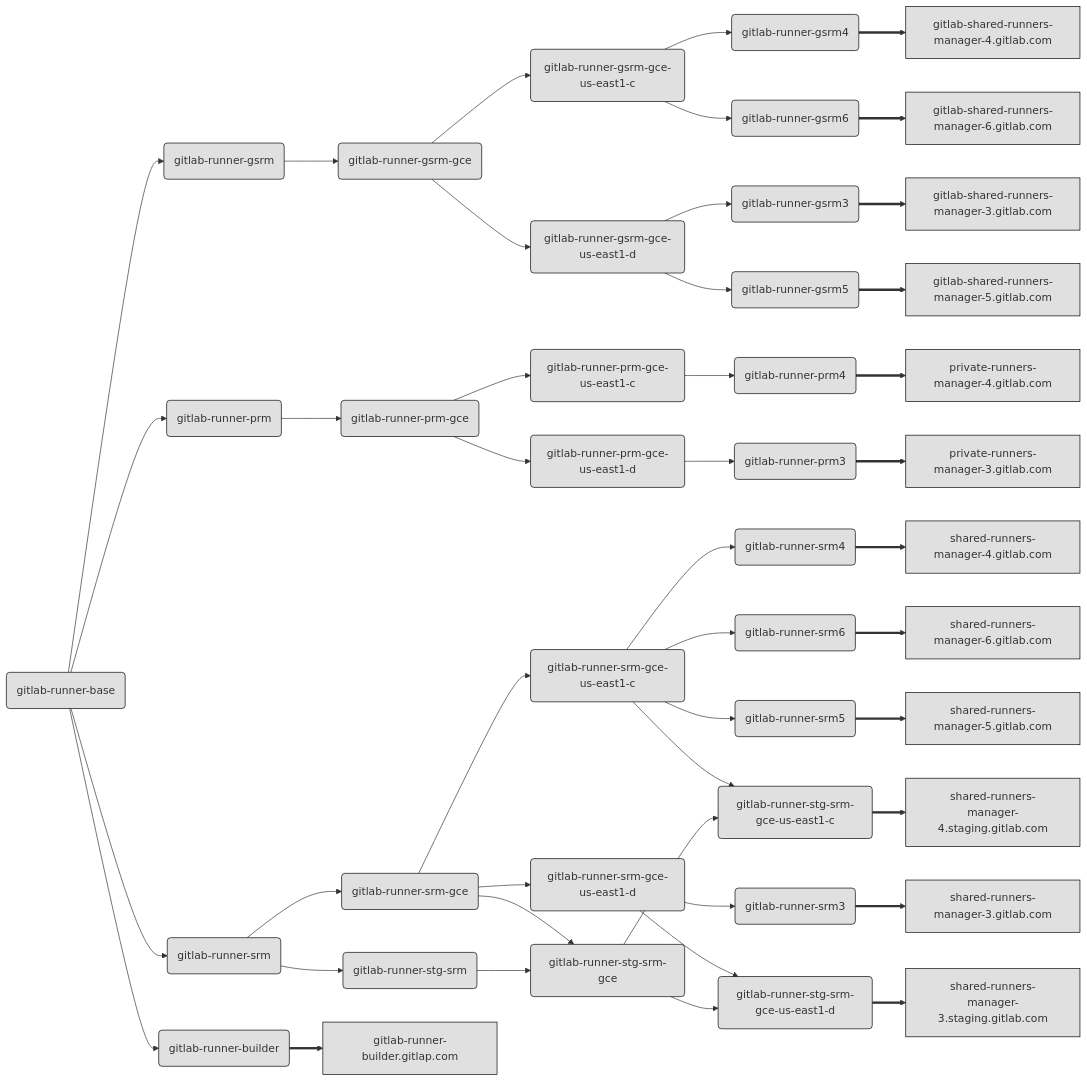
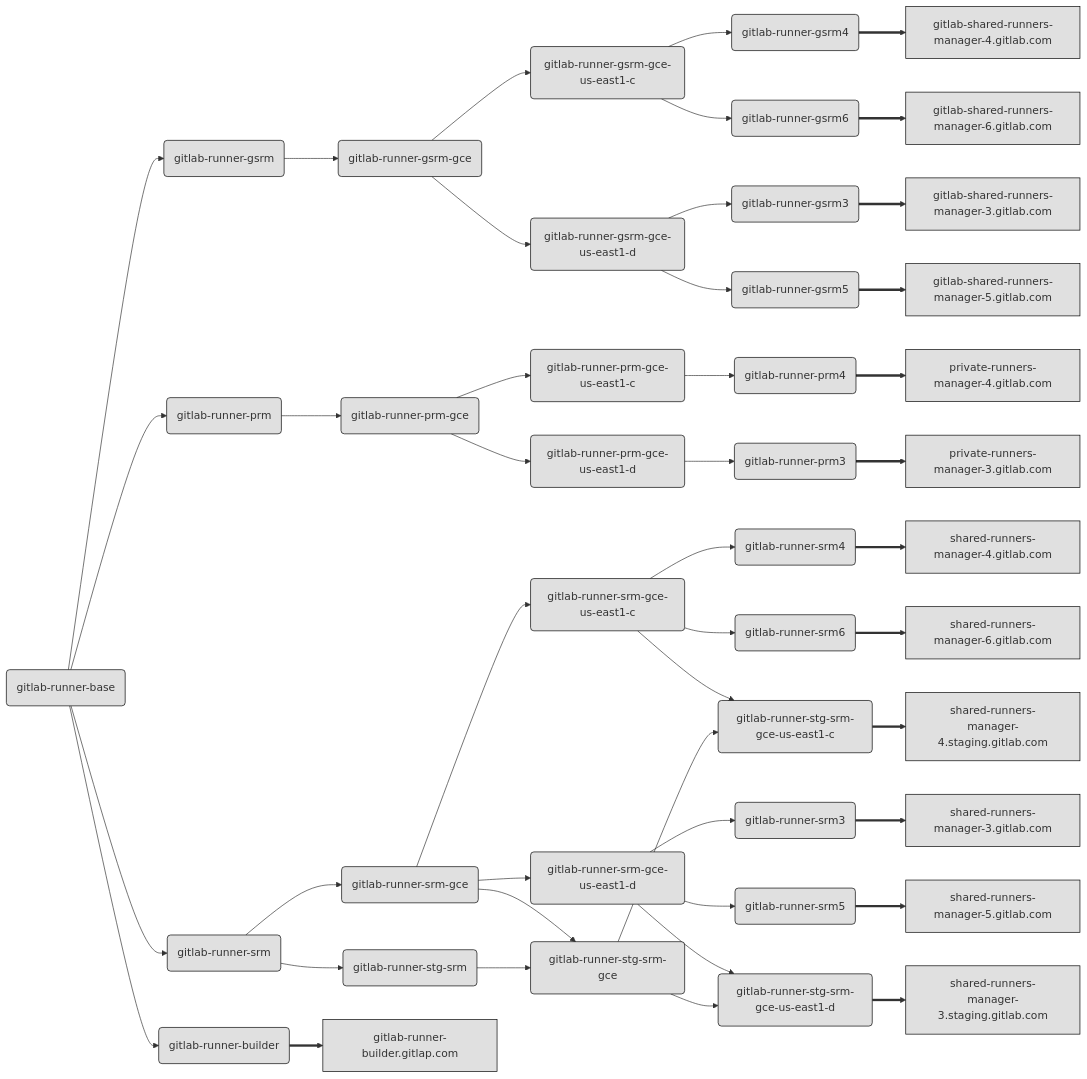
One commit to mattrussi/gitlab-com-runbooks changed the diagram in howto/update-gitlab-runner-on-managers.md. Above: the diagram before and after it, drawn with Mermaid. The commit also changed other lines of this file, not shown here.

```diff
--- a/howto/update-gitlab-runner-on-managers.md
+++ b/howto/update-gitlab-runner-on-managers.md
@@ -93,7 +93,7 @@
     r::srm-gce --> r::srm-gce-us-east1-d
     r::srm-gce-us-east1-d --> r::srm3
     r::srm3 ==> n::srm3
-    r::srm-gce-us-east1-c --> r::srm5
+    r::srm-gce-us-east1-d --> r::srm5
     r::srm5 ==> n::srm5
 
     r::srm --> r::stg-srm
```
